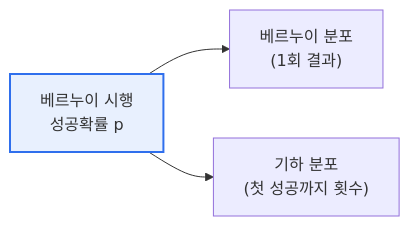
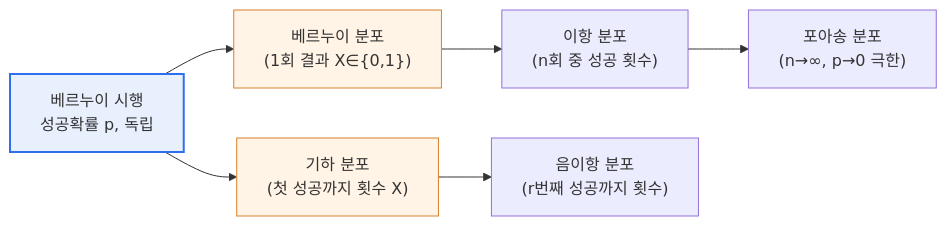
Before and after one commit to coninggu/wjdqhrhksflrltnftk: the first of 2 diagrams in content/bernoulli-geometric.md, drawn with Mermaid. The commit also changed other lines of this file and 3 other files, not shown here.

````diff
--- a/content/bernoulli-geometric.md
+++ b/content/bernoulli-geometric.md
@@ -15,6 +23,11 @@
 ```mermaid
 flowchart LR
-  B["베르누이 시행<br/>성공확률 p"] --> BE["베르누이 분포<br/>(1회 결과)"]
-  B --> GE["기하 분포<br/>(첫 성공까지 횟수)"]
+  B["베르누이 시행<br/>성공확률 p, 독립"] --> BE["베르누이 분포<br/>(1회 결과 X∈{0,1})"]
+  B --> GE["기하 분포<br/>(첫 성공까지 횟수 X)"]
+  BE --> BN["이항 분포<br/>(n회 중 성공 횟수)"]
+  GE --> NB["음이항 분포<br/>(r번째 성공까지 횟수)"]
+  BN --> PO["포아송 분포<br/>(n→∞, p→0 극한)"]
   style B fill:#e8f0fe,stroke:#2f6fed,stroke-width:2px
+  style BE fill:#fff4e5,stroke:#d9822b
+  style GE fill:#fff4e5,stroke:#d9822b
 ```
````
